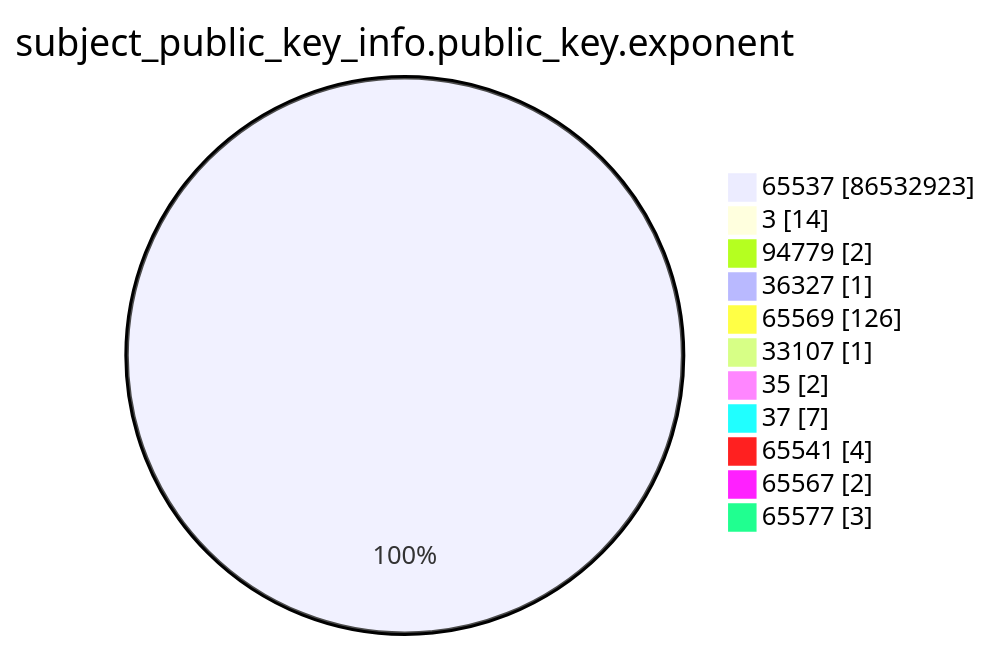
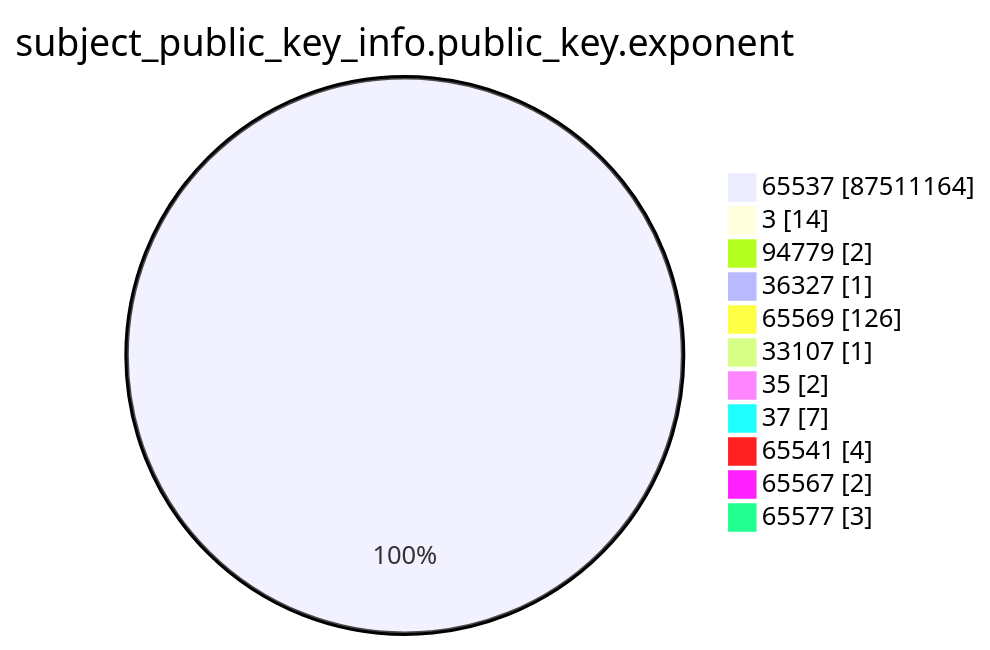
The fourth of 15 diagrams in xenon2023/README.md (christiankrug/ctmonitor_visualization), drawn with Mermaid before and after one commit. The commit also changed other lines of this file, not shown here.

````diff
--- a/xenon2023/README.md
+++ b/xenon2023/README.md
@@ -1242,15 +1248,15 @@
 ```mermaid
 pie showData
 title subject_public_key_info.public_key.exponent
-"65537" :86532923
+"65537" :87511164
 "3" :14
 "94779" :2
 "36327" :1
 "65569" :126
 "33107" :1
 "35" :2
 "37" :7
 "65541" :4
 "65567" :2
 "65577" :3
 ```
````
